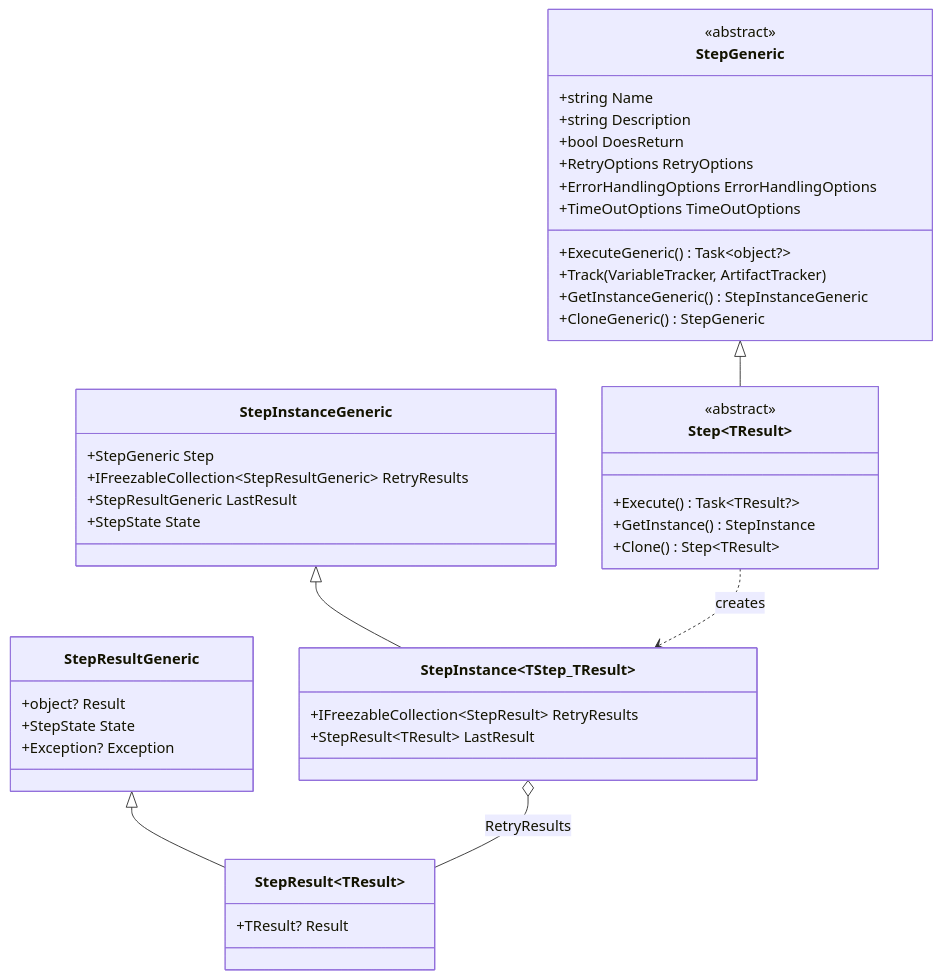
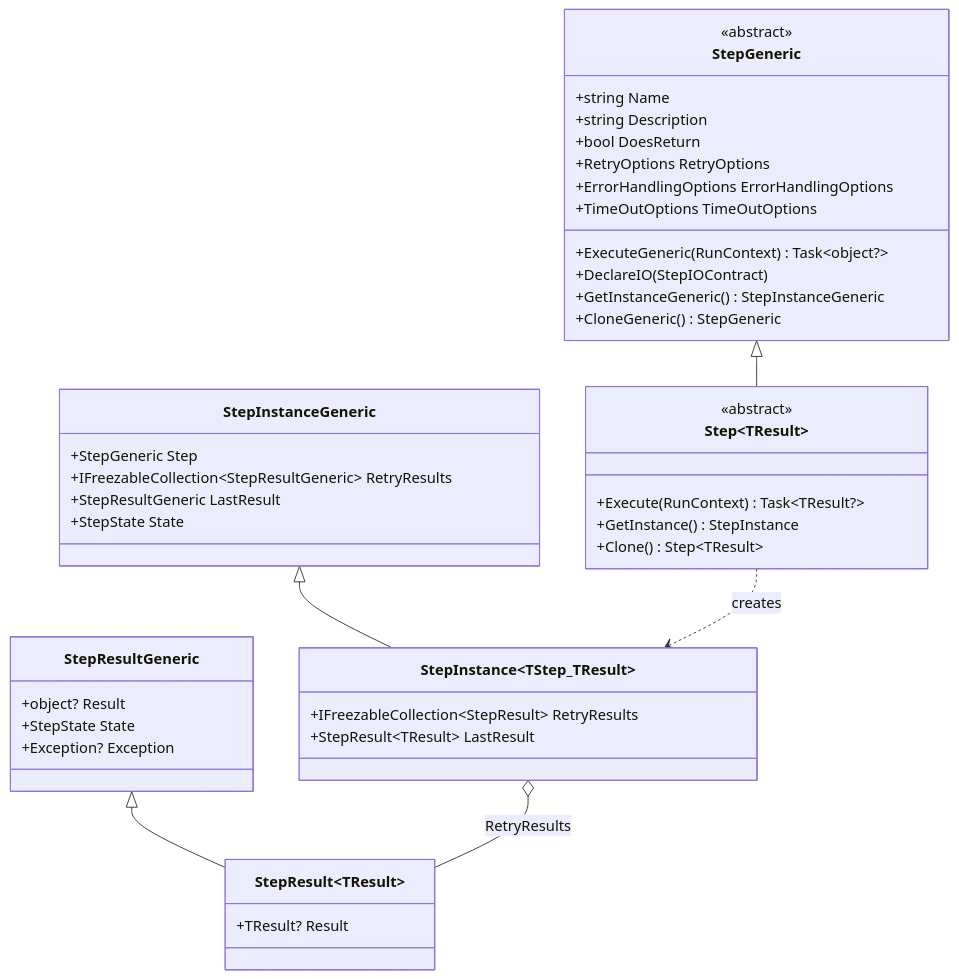
Before and after one commit to DeadMoon0/TestFramework-Core: the third of 6 diagrams in Documentation/CoreArchitecture.md, drawn with Mermaid. The commit also changed other lines of this file and 11 other files, not shown here.

````diff
--- a/Documentation/CoreArchitecture.md
+++ b/Documentation/CoreArchitecture.md
@@ -286,48 +237,48 @@
 ```mermaid
 classDiagram
     class StepGeneric {
         <<abstract>>
         +string Name
         +string Description
         +bool DoesReturn
         +RetryOptions RetryOptions
         +ErrorHandlingOptions ErrorHandlingOptions
         +TimeOutOptions TimeOutOptions
-        +ExecuteGeneric() Task~object?~
-        +Track(VariableTracker, ArtifactTracker)
+        +ExecuteGeneric(RunContext) Task~object?~
+        +DeclareIO(StepIOContract)
         +GetInstanceGeneric() StepInstanceGeneric
         +CloneGeneric() StepGeneric
     }
     class Step~TResult~ {
         <<abstract>>
-        +Execute() Task~TResult?~
+        +Execute(RunContext) Task~TResult?~
         +GetInstance() StepInstance
         +Clone() Step~TResult~
     }
     StepGeneric <|-- Step~TResult~
 
     class StepInstanceGeneric {
         +StepGeneric Step
         +IFreezableCollection~StepResultGeneric~ RetryResults
         +StepResultGeneric LastResult
         +StepState State
     }
     class StepInstance~TStep_TResult~ {
         +IFreezableCollection~StepResult~ RetryResults
         +StepResult~TResult~ LastResult
     }
     StepInstanceGeneric <|-- StepInstance~TStep_TResult~
 
     class StepResultGeneric {
         +object? Result
         +StepState State
         +Exception? Exception
     }
     class StepResult~TResult~ {
         +TResult? Result
     }
     StepResultGeneric <|-- StepResult~TResult~
 
     Step~TResult~ ..> StepInstance~TStep_TResult~ : creates
     StepInstance~TStep_TResult~ o-- StepResult~TResult~ : RetryResults
 ```
````
